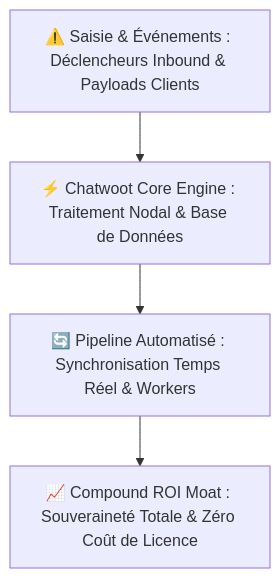
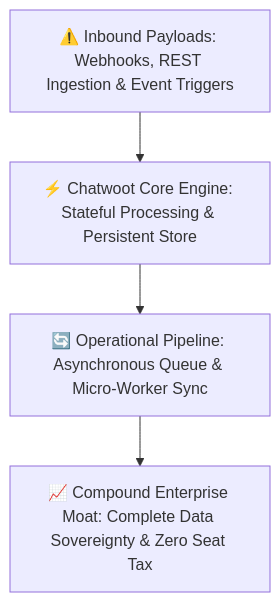
The diagram in site/src/content/repos/chatwoot.md (heliatech-media/saas-radar), drawn with Mermaid before and after one commit. The commit also changed other lines of this file and 11 other files, not shown here.

````diff
--- a/site/src/content/repos/chatwoot.md
+++ b/site/src/content/repos/chatwoot.md
@@ -38,6 +38,6 @@
 ```mermaid
 flowchart TD
-    Inp["⚠️ Saisie & Événements : Déclencheurs Inbound & Payloads Clients"] --> Eng["⚡ Chatwoot Core Engine : Traitement Nodal & Base de Données"]
-    Eng --> Pipe["🔄 Pipeline Automatisé : Synchronisation Temps Réel & Workers"]
-    Pipe --> Moat["📈 Compound ROI Moat : Souveraineté Totale & Zéro Coût de Licence"]
+    Inp["⚠️ Inbound Payloads: Webhooks, REST Ingestion & Event Triggers"] --> Eng["⚡ Chatwoot Core Engine: Stateful Processing & Persistent Store"]
+    Eng --> Pipe["🔄 Operational Pipeline: Asynchronous Queue & Micro-Worker Sync"]
+    Pipe --> Moat["📈 Compound Enterprise Moat: Complete Data Sovereignty & Zero Seat Tax"]
 ```
````
